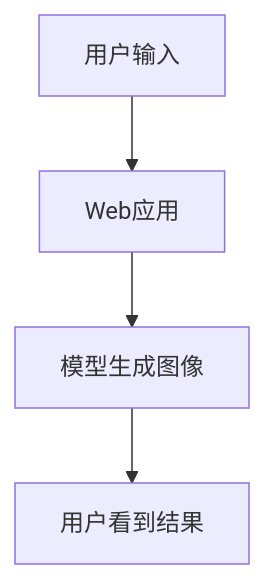
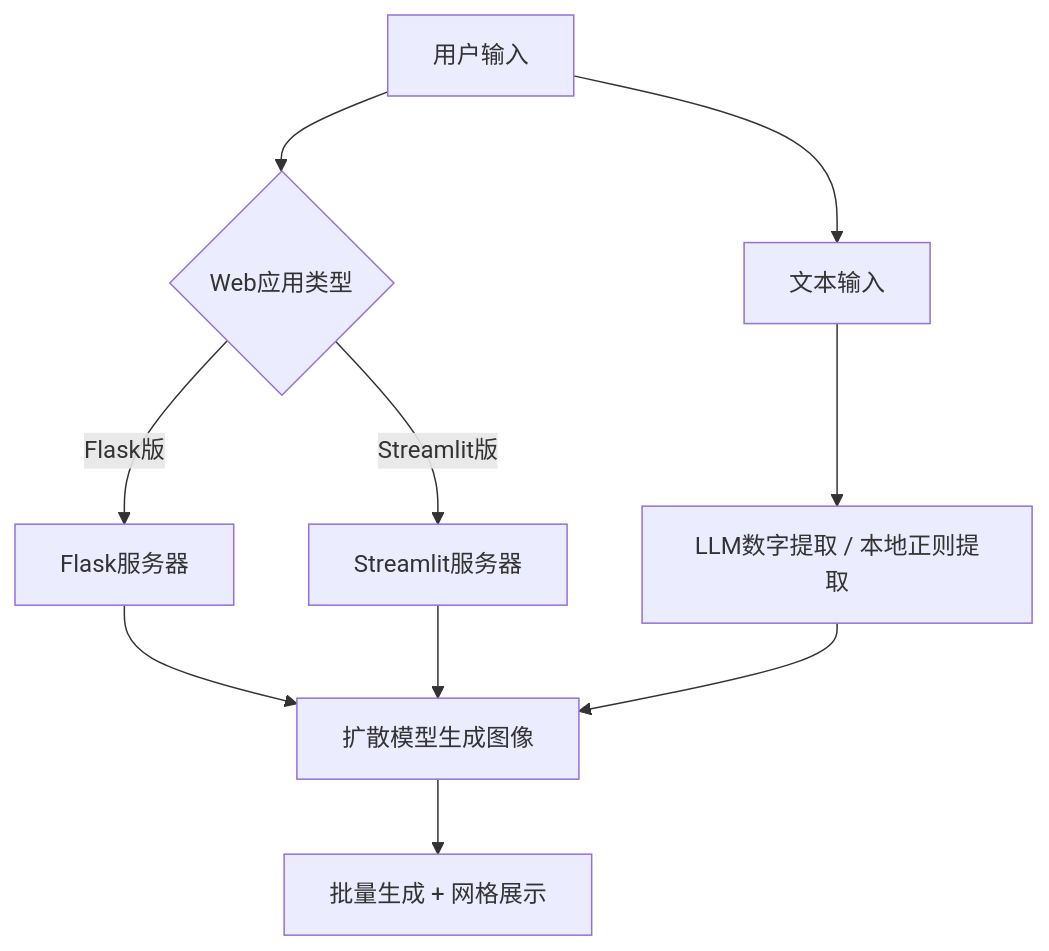
Before and after one commit to longzheng268/Handwritten_digital_image_generation_system_diffusion_model: the fourth of 6 diagrams in doc/说明书.md, drawn with Mermaid. The commit also changed other lines of this file and 9 other files, not shown here.

````diff
--- a/doc/说明书.md
+++ b/doc/说明书.md
@@ -171,6 +175,12 @@
 ```mermaid
 graph TB
-A[用户输入] --> B[Web应用]
-B --> C[模型生成图像]
-C --> D[用户看到结果]
+A[用户输入] --> B{Web应用类型}
+B -->|Flask版| C[Flask服务器]
+B -->|Streamlit版| D[Streamlit服务器]
+C --> E[扩散模型生成图像]
+D --> E
+E --> F[批量生成 + 网格展示]
+A --> G[文本输入]
+G --> H[LLM数字提取 / 本地正则提取]
+H --> E
 ```
````
